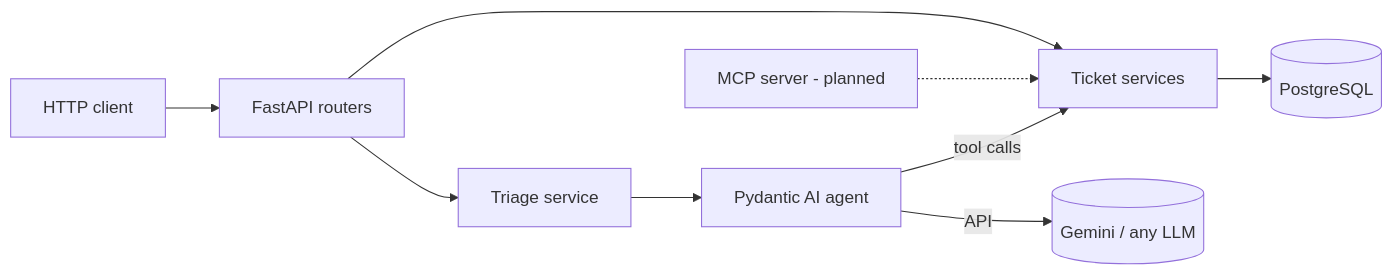
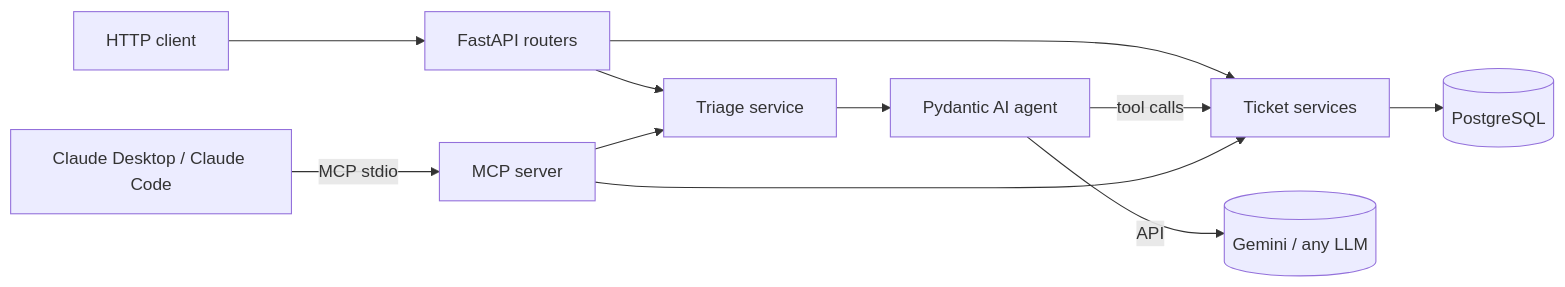
The diagram in README.md (jonathan-macias/support-triage-agent), drawn with Mermaid before and after one commit. The commit also changed other lines of this file and 8 other files, not shown here.

First line of the commit message:
feat: phase 3 - MCP server exposing the ticket tools

````diff
--- a/README.md
+++ b/README.md
@@ -27,11 +27,13 @@
 ```mermaid
 flowchart LR
     C[HTTP client] --> R[FastAPI routers]
     R --> S[Ticket services]
     R --> T[Triage service]
     T --> A[Pydantic AI agent]
     A -- tool calls --> S
     A -- API --> G[(Gemini / any LLM)]
     S --> DB[(PostgreSQL)]
-    M[MCP server - planned] -.-> S
+    H[Claude Desktop / Claude Code] -- MCP stdio --> M[MCP server]
+    M --> S
+    M --> T
 ```
````
